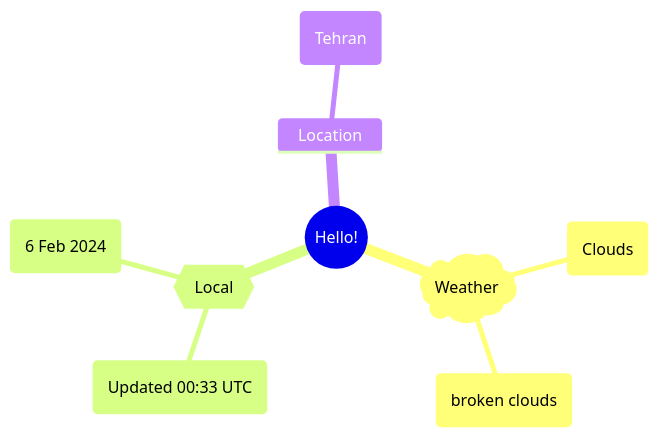
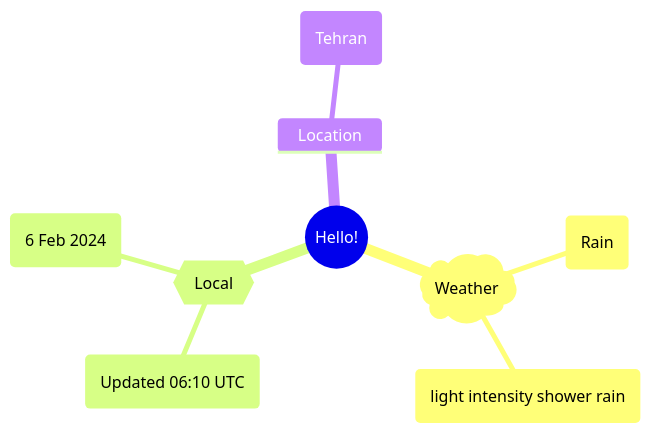
Before and after one commit to Xosrov/Xosrov: the first of 2 diagrams in README.md, drawn with Mermaid.

Commit message:
[bot] updated images

````diff
--- a/README.md
+++ b/README.md
@@ -3,12 +3,12 @@
 ```mermaid
 mindmap
   root((Hello!))
     )Weather(
-        (Clouds)
-        (broken clouds)
+        (Rain)
+        (light intensity shower rain)
     {{Local}}
-        (Updated 00:33 UTC)
+        (Updated 06:10 UTC)
         (6 Feb 2024)
     Location
         (Tehran)
 ```
````
